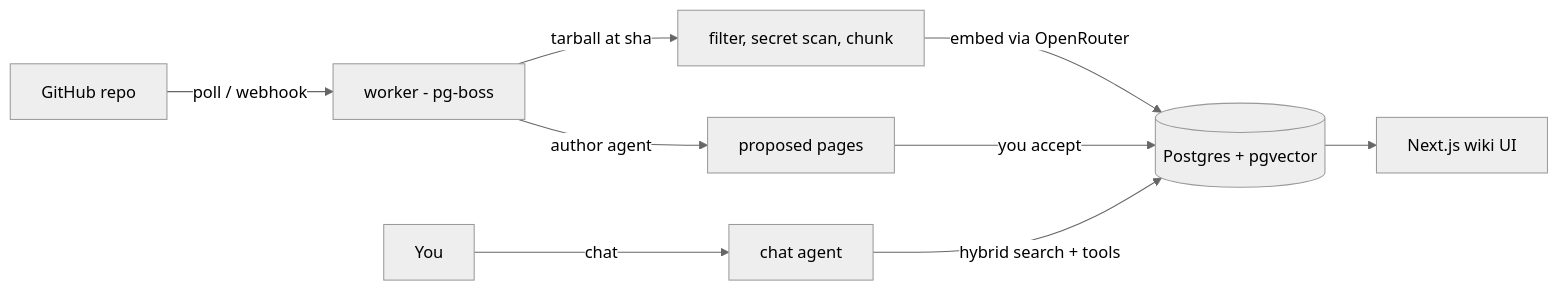
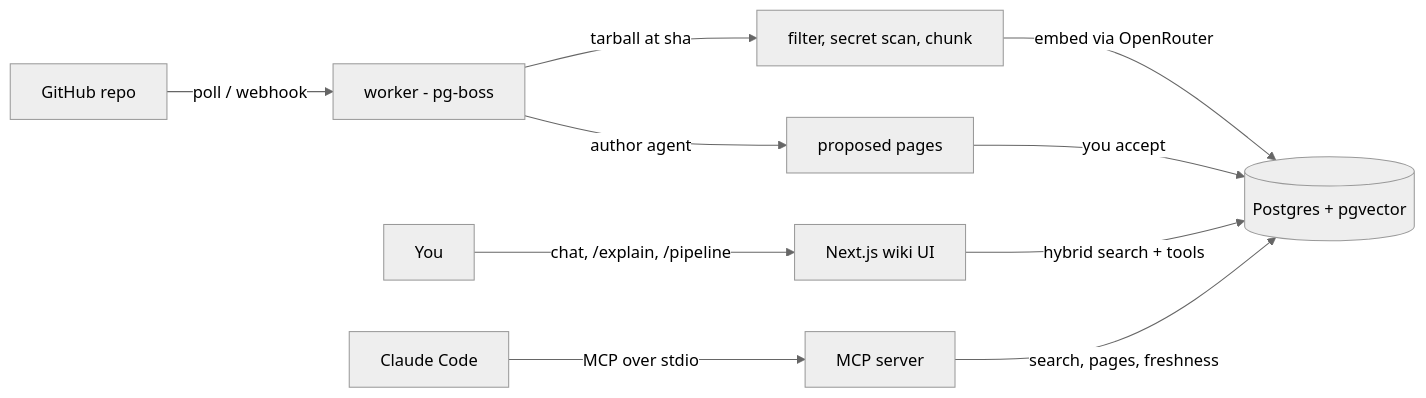
One commit to lucaslimafons/llm-repo-wiki changed the diagram in README.md. Above: the diagram before and after it, drawn with Mermaid (neutral theme). The commit also changed other lines of this file and 7 other files, not shown here.

````diff
--- a/README.md
+++ b/README.md
@@ -71,11 +61,12 @@
 ```mermaid
 graph LR
   GH[GitHub repo] -->|poll / webhook| W[worker - pg-boss]
   W -->|tarball at sha| C[filter, secret scan, chunk]
   C -->|embed via OpenRouter| PG[(Postgres + pgvector)]
   W -->|author agent| P[proposed pages]
   P -->|you accept| PG
-  U[You] -->|chat| A[chat agent]
-  A -->|hybrid search + tools| PG
-  PG --> UI[Next.js wiki UI]
+  U[You] -->|chat, /explain, /pipeline| UI[Next.js wiki UI]
+  UI -->|hybrid search + tools| PG
+  CC[Claude Code] -->|MCP over stdio| M[MCP server]
+  M -->|search, pages, freshness| PG
 ```
````
